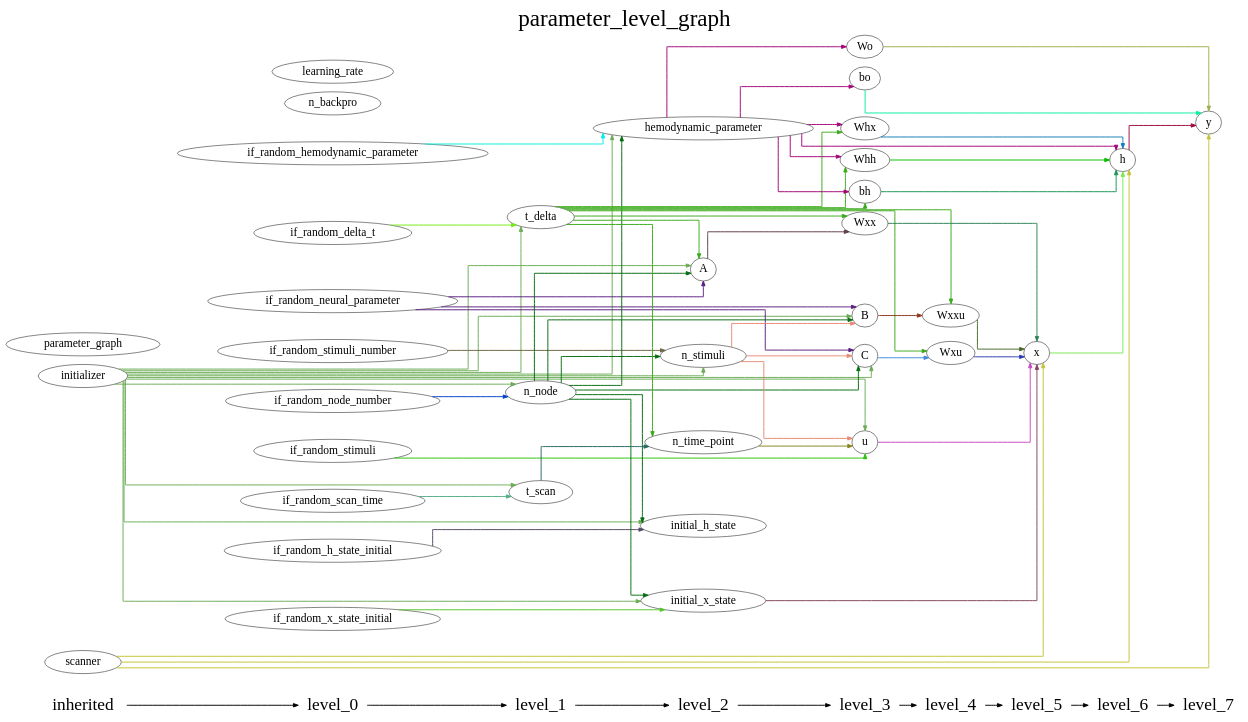
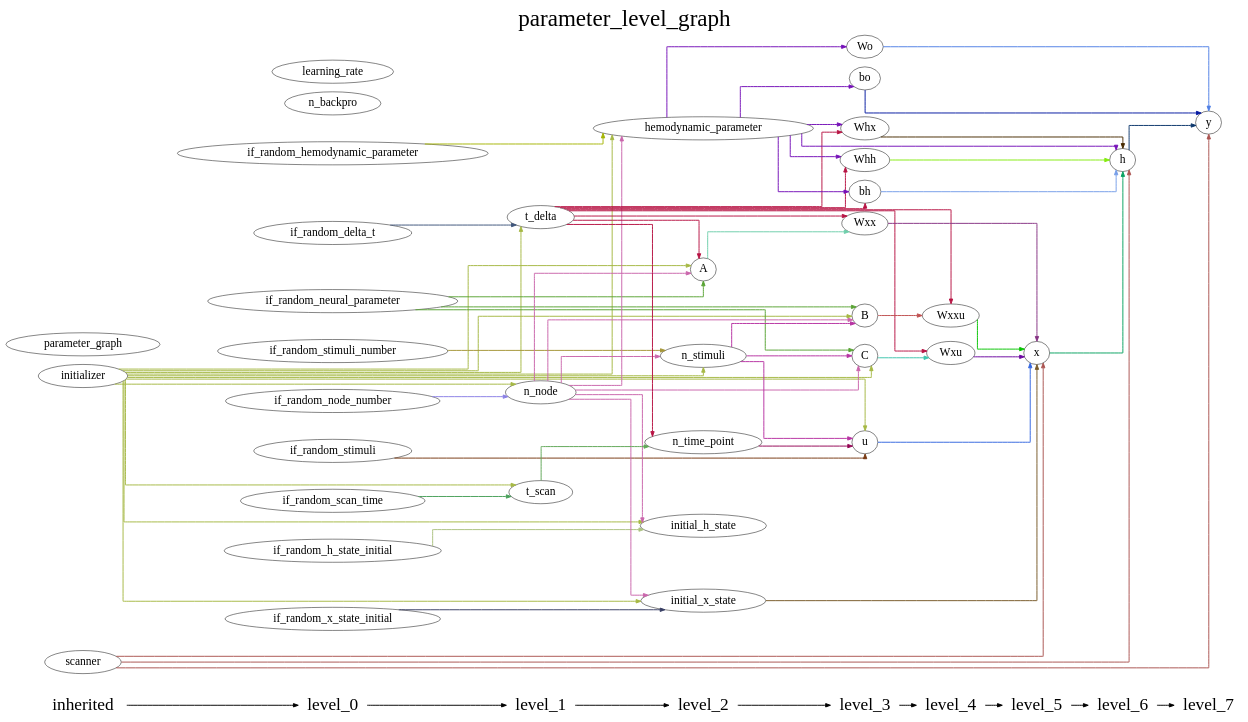
One commit to YuanWangOnward/DCM_RNN changed the diagram in DCM_RNN/documents/parameter_level_graph.gv. Above: the diagram before and after it, drawn with Graphviz. The commit also changed 8 other files, not shown here.

```diff
--- a/DCM_RNN/documents/parameter_level_graph.gv
+++ b/DCM_RNN/documents/parameter_level_graph.gv
@@ -1,156 +1,156 @@
 digraph G {
           splines=ortho;
           fontsize = 48;
           rankdir = "LR";
           node[fontsize=24];
           edge[penwidth=2];
           {
           node [shape=plaintext fontsize=36];
           inherited -> 
           level_0 -> 
           level_1 -> 
           level_2 -> 
           level_3 -> 
           level_4 -> 
           level_5 -> 
           level_6 -> 
           level_7
           }
           {rank = same;
           inherited;
           initializer;
           parameter_graph;
           scanner;
           }
           {rank = same;
           level_0;
           if_random_neural_parameter;
           if_random_hemodynamic_parameter;
           if_random_x_state_initial;
           if_random_h_state_initial;
           if_random_stimuli;
           if_random_node_number;
           if_random_stimuli_number;
           if_random_delta_t;
           if_random_scan_time;
           n_backpro;
           learning_rate;
           }
           {rank = same;
           level_1;
           n_node;
           t_delta;
           t_scan;
           }
           {rank = same;
           level_2;
           n_time_point;
           n_stimuli;
           A;
           hemodynamic_parameter;
           initial_x_state;
           initial_h_state;
           }
           {rank = same;
           level_3;
           u;
           B;
           C;
           Wxx;
           Whx;
           Whh;
           bh;
           Wo;
           bo;
           }
           {rank = same;
           level_4;
           Wxxu;
           Wxu;
           }
           {rank = same;
           level_5;
           x;
           }
           {rank = same;
           level_6;
           h;
           }
           {rank = same;
           level_7;
           y;
           }
-          if_random_h_state_initial -> initial_h_state [color="#534868"];
+          hemodynamic_parameter -> Whx [color="#7611B8"];
+          hemodynamic_parameter -> bh [color="#7611B8"];
+          hemodynamic_parameter -> Wo [color="#7611B8"];
+          hemodynamic_parameter -> bo [color="#7611B8"];
+          hemodynamic_parameter -> h [color="#7611B8"];
+          hemodynamic_parameter -> Whh [color="#7611B8"];
+          Wxxu -> x [color="#06C401"];
+          bh -> h [color="#779EE9"];
+          Wxx -> x [color="#863384"];
+          if_random_hemodynamic_parameter -> hemodynamic_parameter [color="#A6B506"];
+          t_scan -> n_time_point [color="#60A757"];
+          if_random_node_number -> n_node [color="#8A80E5"];
+          u -> x [color="#3467E0"];
+          if_random_neural_parameter -> B [color="#59A435"];
+          if_random_neural_parameter -> C [color="#59A435"];
+          if_random_neural_parameter -> A [color="#59A435"];
+          C -> Wxu [color="#3EC6AE"];
+          Wo -> y [color="#5080E5"];
+          n_time_point -> u [color="#950655"];
+          if_random_scan_time -> t_scan [color="#49A05A"];
+          learning_rate ;
+          bo -> y [color="#0317A0"];
+          y ;
+          t_delta -> Whx [color="#B71343"];
+          t_delta -> Wxxu [color="#B71343"];
+          t_delta -> bh [color="#B71343"];
+          t_delta -> Wxx [color="#B71343"];
+          t_delta -> n_time_point [color="#B71343"];
+          t_delta -> Whh [color="#B71343"];
+          t_delta -> A [color="#B71343"];
+          t_delta -> Wxu [color="#B71343"];
+          if_random_h_state_initial -> initial_h_state [color="#ACC280"];
+          if_random_stimuli -> u [color="#783912"];
+          h -> y [color="#0B366B"];
+          Whh -> h [color="#84EC10"];
+          if_random_stimuli_number -> n_stimuli [color="#A59637"];
+          initial_x_state -> x [color="#795A29"];
+          x -> h [color="#09A362"];
+          B -> Wxxu [color="#C05050"];
           parameter_graph ;
-          initializer -> initial_x_state [color="#6BAC55"];
-          initializer -> n_node [color="#6BAC55"];
-          initializer -> initial_h_state [color="#6BAC55"];
-          initializer -> C [color="#6BAC55"];
-          initializer -> n_stimuli [color="#6BAC55"];
-          initializer -> B [color="#6BAC55"];
-          initializer -> hemodynamic_parameter [color="#6BAC55"];
-          initializer -> t_delta [color="#6BAC55"];
-          initializer -> t_scan [color="#6BAC55"];
-          initializer -> u [color="#6BAC55"];
-          initializer -> A [color="#6BAC55"];
-          bh -> h [color="#1A9450"];
-          Wxx -> x [color="#2C8156"];
-          h -> y [color="#9C063A"];
-          learning_rate ;
-          if_random_scan_time -> t_scan [color="#54AE87"];
-          n_node -> initial_x_state [color="#056C10"];
-          n_node -> initial_h_state [color="#056C10"];
-          n_node -> C [color="#056C10"];
-          n_node -> n_stimuli [color="#056C10"];
-          n_node -> B [color="#056C10"];
-          n_node -> hemodynamic_parameter [color="#056C10"];
-          n_node -> A [color="#056C10"];
-          initial_x_state -> x [color="#85445C"];
-          if_random_neural_parameter -> C [color="#591E82"];
-          if_random_neural_parameter -> B [color="#591E82"];
-          if_random_neural_parameter -> A [color="#591E82"];
+          n_node -> hemodynamic_parameter [color="#CA66AC"];
+          n_node -> B [color="#CA66AC"];
+          n_node -> C [color="#CA66AC"];
+          n_node -> initial_x_state [color="#CA66AC"];
+          n_node -> n_stimuli [color="#CA66AC"];
+          n_node -> initial_h_state [color="#CA66AC"];
+          n_node -> A [color="#CA66AC"];
+          if_random_x_state_initial -> initial_x_state [color="#383E64"];
+          n_backpro ;
+          initializer -> hemodynamic_parameter [color="#A6B844"];
+          initializer -> B [color="#A6B844"];
+          initializer -> t_scan [color="#A6B844"];
+          initializer -> u [color="#A6B844"];
+          initializer -> C [color="#A6B844"];
+          initializer -> t_delta [color="#A6B844"];
+          initializer -> initial_x_state [color="#A6B844"];
+          initializer -> n_node [color="#A6B844"];
+          initializer -> n_stimuli [color="#A6B844"];
+          initializer -> initial_h_state [color="#A6B844"];
+          initializer -> A [color="#A6B844"];
+          A -> Wxx [color="#6ECEAB"];
           initial_h_state ;
-          n_stimuli -> C [color="#E98873"];
-          n_stimuli -> B [color="#E98873"];
-          n_stimuli -> u [color="#E98873"];
-          Wxu -> x [color="#2B3AB1"];
-          C -> Wxu [color="#3C8AE1"];
-          if_random_delta_t -> t_delta [color="#72EB12"];
-          Whh -> h [color="#04BC03"];
-          if_random_stimuli -> u [color="#28C30A"];
-          scanner -> h [color="#C6C236"];
-          scanner -> y [color="#C6C236"];
-          scanner -> x [color="#C6C236"];
-          if_random_node_number -> n_node [color="#0540CB"];
-          n_time_point -> u [color="#87851B"];
-          n_backpro ;
-          B -> Wxxu [color="#8E371E"];
-          y ;
-          hemodynamic_parameter -> bh [color="#A30579"];
-          hemodynamic_parameter -> h [color="#A30579"];
-          hemodynamic_parameter -> Whh [color="#A30579"];
-          hemodynamic_parameter -> bo [color="#A30579"];
-          hemodynamic_parameter -> Whx [color="#A30579"];
-          hemodynamic_parameter -> Wo [color="#A30579"];
-          bo -> y [color="#07EEA1"];
-          Whx -> h [color="#107EBB"];
-          if_random_stimuli_number -> n_stimuli [color="#6E6642"];
-          x -> h [color="#79E852"];
-          Wxxu -> x [color="#476624"];
-          t_delta -> bh [color="#3AAA19"];
-          t_delta -> Wxx [color="#3AAA19"];
-          t_delta -> Wxu [color="#3AAA19"];
-          t_delta -> Whh [color="#3AAA19"];
-          t_delta -> n_time_point [color="#3AAA19"];
-          t_delta -> Whx [color="#3AAA19"];
-          t_delta -> Wxxu [color="#3AAA19"];
-          t_delta -> A [color="#3AAA19"];
-          Wo -> y [color="#A1AE49"];
-          if_random_x_state_initial -> initial_x_state [color="#56C429"];
-          t_scan -> n_time_point [color="#256760"];
-          u -> x [color="#C947C0"];
-          if_random_hemodynamic_parameter -> hemodynamic_parameter [color="#00EEE5"];
-          A -> Wxx [color="#5B3C43"];
+          Whx -> h [color="#492B00"];
+          Wxu -> x [color="#6C07A0"];
+          scanner -> y [color="#AB5451"];
+          scanner -> h [color="#AB5451"];
+          scanner -> x [color="#AB5451"];
+          n_stimuli -> B [color="#B733A3"];
+          n_stimuli -> u [color="#B733A3"];
+          n_stimuli -> C [color="#B733A3"];
+          if_random_delta_t -> t_delta [color="#3E557B"];
           labelloc = "t";
           label = "parameter_level_graph";
 }
```
